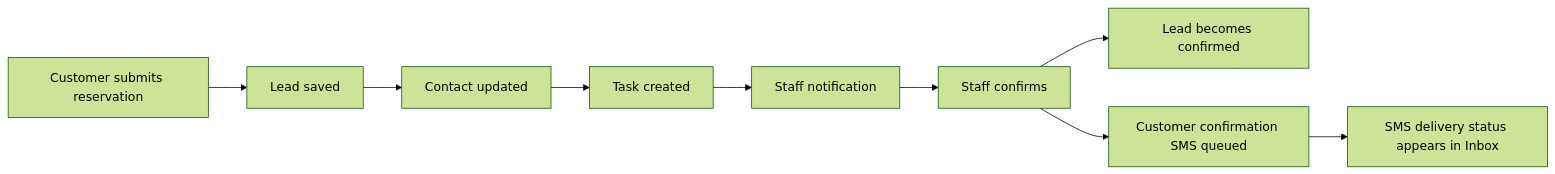
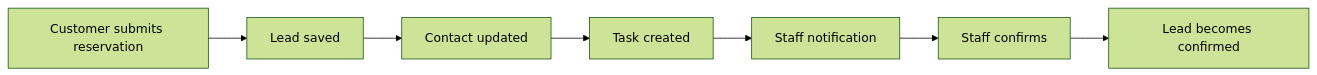
The diagram in crm-documentaion/11-manual-crm-scenario-playbook.md (Abdi-github/marketing), drawn with Mermaid (forest theme) before and after one commit. The commit also changed other lines of this file and 2 other files, not shown here.

Commit message:
Inbox enhancement 2

````diff
--- a/crm-documentaion/11-manual-crm-scenario-playbook.md
+++ b/crm-documentaion/11-manual-crm-scenario-playbook.md
@@ -260,11 +147,9 @@
 ```mermaid
 flowchart LR
   A[Customer submits reservation] --> B[Lead saved]
   B --> C[Contact updated]
   C --> D[Task created]
   D --> E[Staff notification]
   E --> F[Staff confirms]
   F --> G[Lead becomes confirmed]
-  F --> H[Customer confirmation SMS queued]
-  H --> I[SMS delivery status appears in Inbox]
 ```
````
